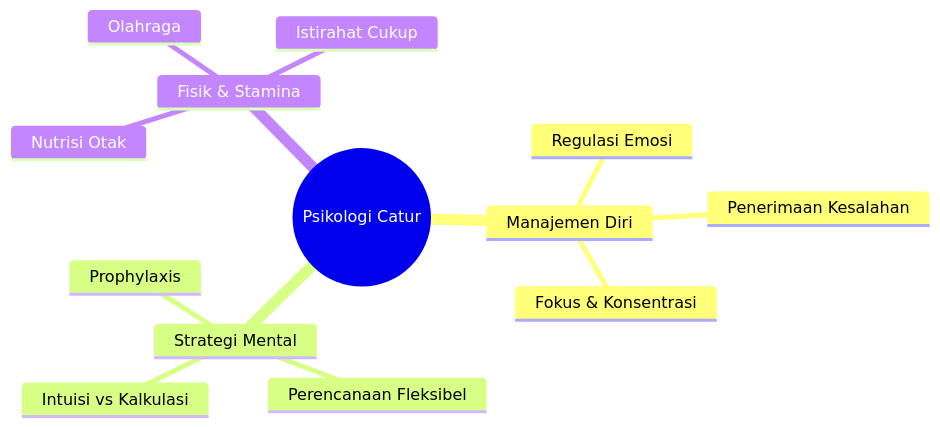
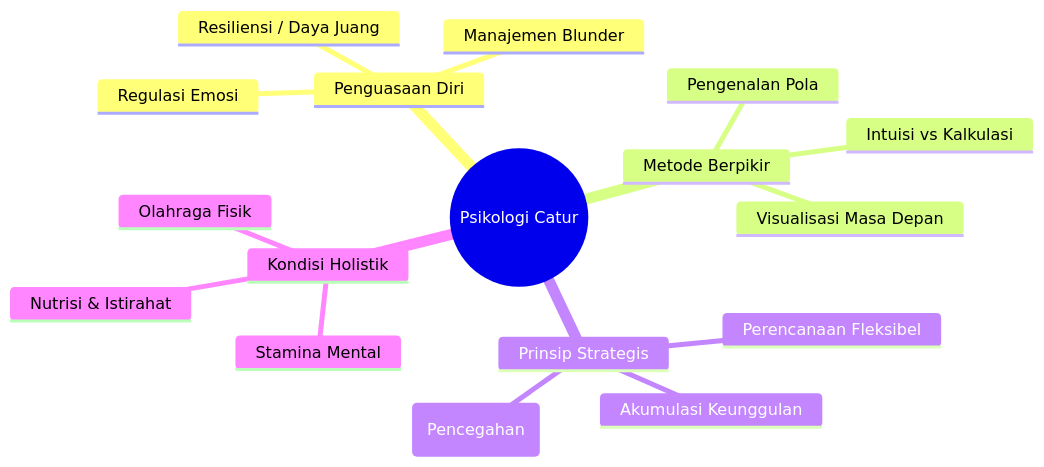
One commit to dwirx/BangunAI-Blog changed the second of 2 diagrams in src/content/articles/psikologi-catur-cermin-jiwa-manusia.mdx. Above: the diagram before and after it, drawn with Mermaid. The commit also changed other lines of this file, not shown here.

````diff
--- a/src/content/articles/psikologi-catur-cermin-jiwa-manusia.mdx
+++ b/src/content/articles/psikologi-catur-cermin-jiwa-manusia.mdx
@@ -96,16 +105,20 @@
 ```mermaid
 mindmap
   root((Psikologi Catur))
-    Manajemen Diri
+    Penguasaan Diri
       Regulasi Emosi
-      Penerimaan Kesalahan
-      Fokus & Konsentrasi
-    Strategi Mental
+      Manajemen Blunder
+      Resiliensi / Daya Juang
+    Metode Berpikir
       Intuisi vs Kalkulasi
+      Pengenalan Pola
+      Visualisasi Masa Depan
+    Prinsip Strategis
       Perencanaan Fleksibel
-      Prophylaxis
-    Fisik & Stamina
-      Nutrisi Otak
-      Olahraga
-      Istirahat Cukup
+      Prophylaxis (Pencegahan)
+      Akumulasi Keunggulan
+    Kondisi Holistik
+      Stamina Mental
+      Nutrisi & Istirahat
+      Olahraga Fisik
 ```
````
